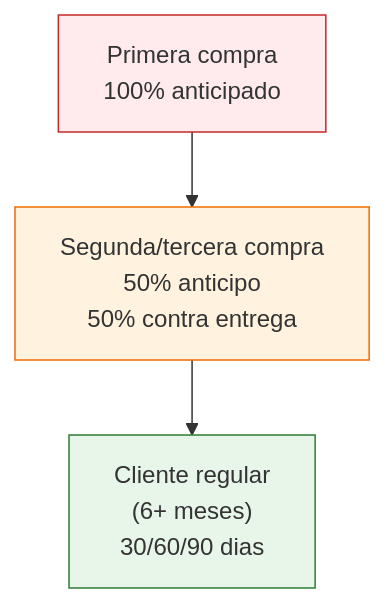
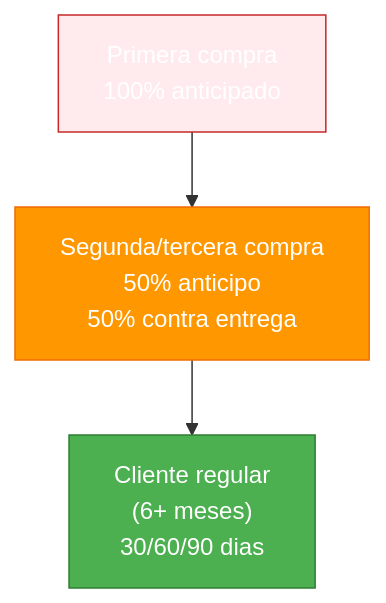
One commit to barrosignacioezequiel-coder/docs changed the diagram in app/paso1-argentina/evaluar-negociar/condiciones-pago.mdx. Above: the diagram before and after it, drawn with Mermaid. The commit also changed 66 other files, not shown here.

First line of the commit message:
fix: resolve Mermaid v11 numbered list errors + improve contrast

````diff
--- a/app/paso1-argentina/evaluar-negociar/condiciones-pago.mdx
+++ b/app/paso1-argentina/evaluar-negociar/condiciones-pago.mdx
@@ -82,9 +82,9 @@
 ```mermaid
 graph TD
     A["Primera compra<br/>100% anticipado"] --> B["Segunda/tercera compra<br/>50% anticipo<br/>50% contra entrega"]
     B --> C["Cliente regular<br/>(6+ meses)<br/>30/60/90 dias"]
 
-    style A fill:#ffebee,stroke:#c62828
-    style B fill:#fff3e0,stroke:#ef6c00
-    style C fill:#e8f5e9,stroke:#2e7d32
+    style A fill:#ffebee,stroke:#c62828,color:#fff
+    style B fill:#ff9800,stroke:#ef6c00,color:#fff
+    style C fill:#4caf50,stroke:#2e7d32,color:#fff
 ```
````
